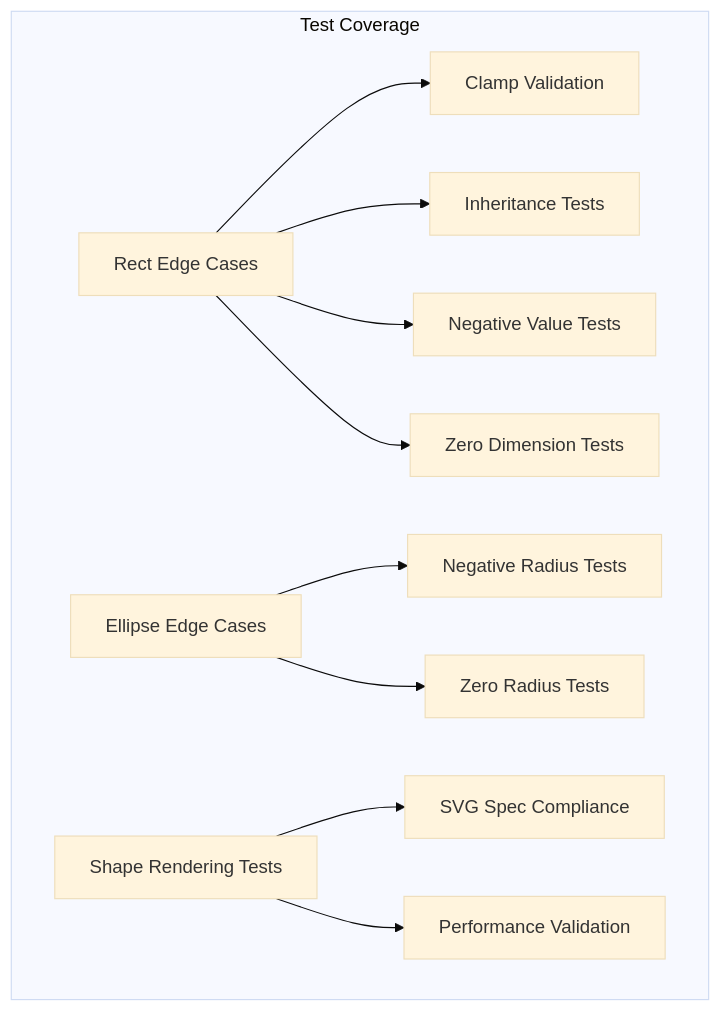
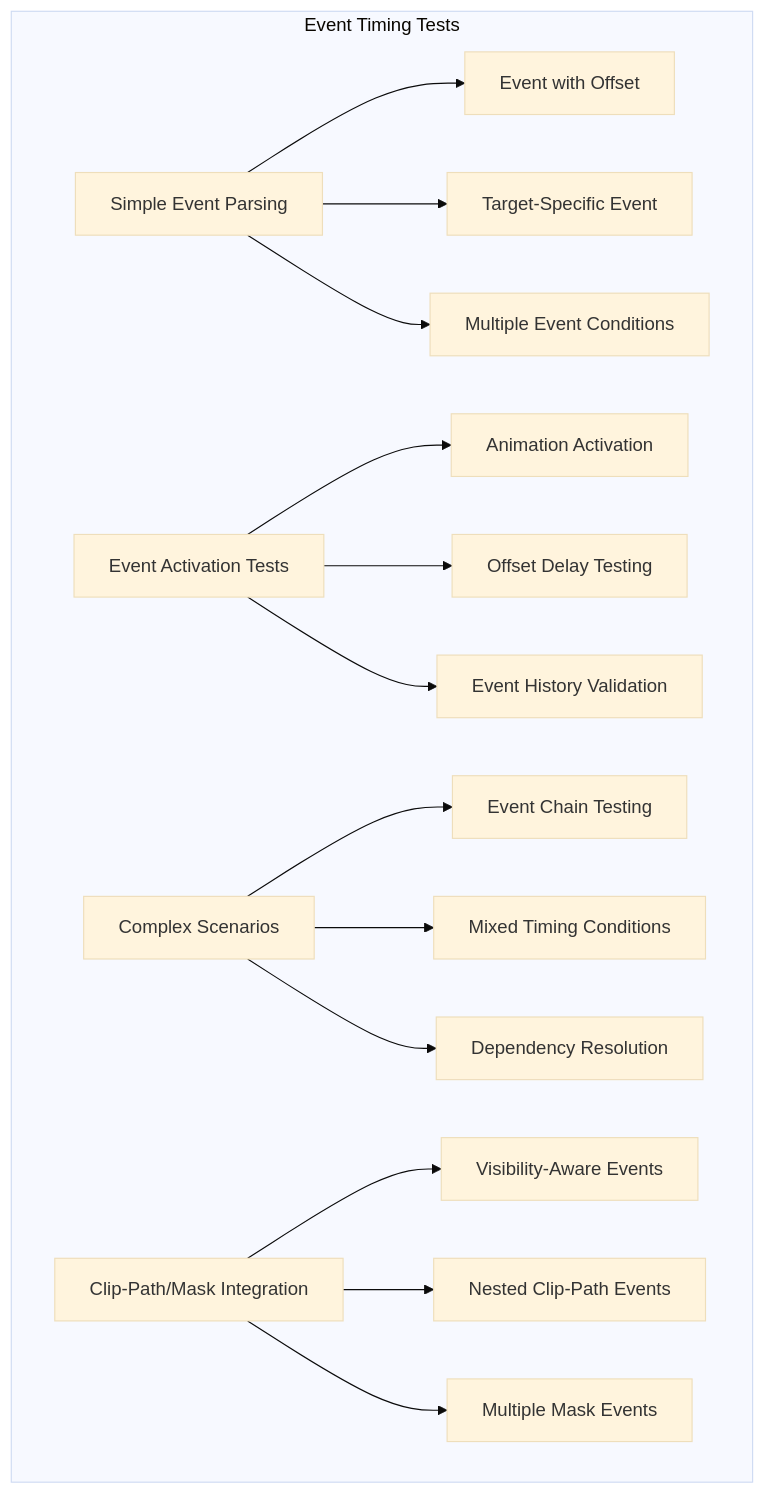
Before and after one commit to denisnadey/flutter_full_svg_support: diagram 26 of 26 in .qoder/repowiki/en/content/Animated SVG Support/Animated SVG Support.md, drawn with Mermaid (base theme). The commit also changed other lines of this file and 20 other files, not shown here.

First line of the commit message:
feat(svg): implement comprehensive event handling with pointer and gesture support

````diff
--- a/.qoder/repowiki/en/content/Animated SVG Support/Animated SVG Support.md
+++ b/.qoder/repowiki/en/content/Animated SVG Support/Animated SVG Support.md
@@ -749,13 +1268,17 @@
 ```mermaid
 graph TB
-subgraph "Test Coverage"
-A["Rect Edge Cases"] --> B["Clamp Validation"]
-A --> C["Inheritance Tests"]
-A --> D["Negative Value Tests"]
-A --> E["Zero Dimension Tests"]
-F["Ellipse Edge Cases"] --> G["Negative Radius Tests"]
-F --> H["Zero Radius Tests"]
-I["Shape Rendering Tests"] --> J["SVG Spec Compliance"]
-I --> K["Performance Validation"]
+subgraph "Event Timing Tests"
+A["Simple Event Parsing"] --> B["Event with Offset"]
+A --> C["Target-Specific Event"]
+A --> D["Multiple Event Conditions"]
+E["Event Activation Tests"] --> F["Animation Activation"]
+E --> G["Offset Delay Testing"]
+E --> H["Event History Validation"]
+I["Complex Scenarios"] --> J["Event Chain Testing"]
+I --> K["Mixed Timing Conditions"]
+I --> L["Dependency Resolution"]
+M["Clip-Path/Mask Integration"] --> N["Visibility-Aware Events"]
+M --> O["Nested Clip-Path Events"]
+M --> P["Multiple Mask Events"]
 end
 ```
````
